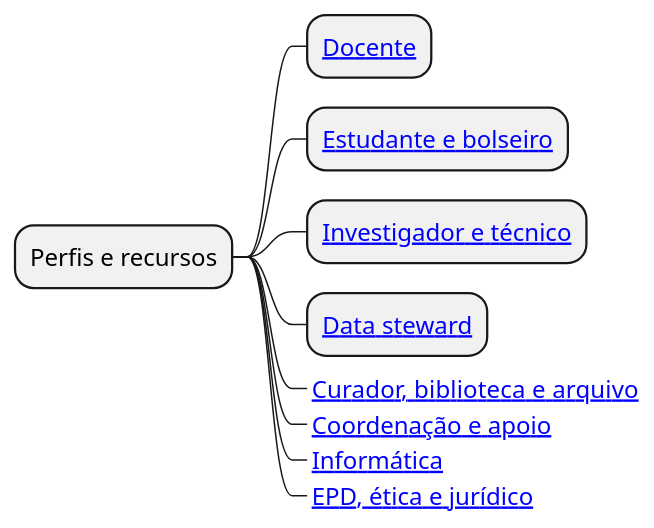
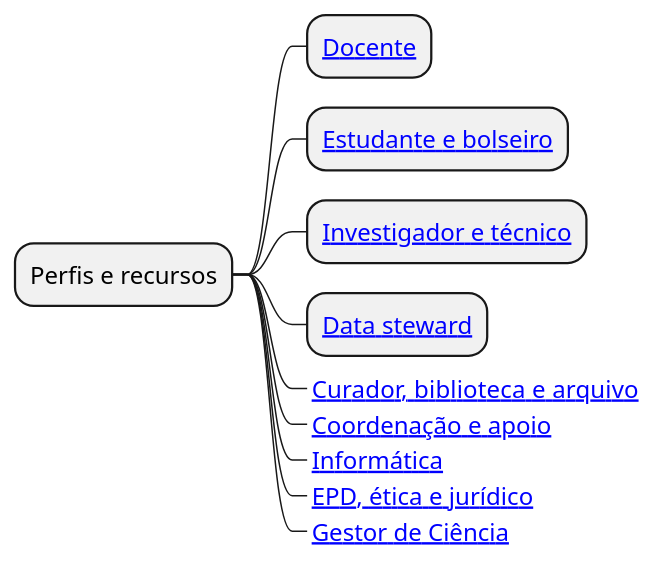
The diagram in diagrams/pathway-perfis-1.puml (nunobett/formigas), drawn with PlantUML before and after one commit. The commit also changed 177 other files, not shown here.

```diff
--- a/diagrams/pathway-perfis-1.puml
+++ b/diagrams/pathway-perfis-1.puml
@@ -1,15 +1,16 @@
 @startmindmap
 skinparam backgroundColor white
 skinparam defaultFontName SansSerif
 skinparam defaultFontSize 16
 skinparam shadowing false
 * Perfis e recursos
 ** [[perfis/docente.html Docente]]
 ** [[perfis/estudante.html Estudante e bolseiro]]
 ** [[perfis/investigador.html Investigador e técnico]]
 ** [[perfis/steward.html Data steward]]
 **_ [[perfis/curador.html Curador, biblioteca e arquivo]]
 **_ [[perfis/coordenador.html Coordenação e apoio]]
 **_ [[perfis/informatica.html Informática]]
 **_ [[perfis/epd.html EPD, ética e jurídico]]
+**_ [[perfis/gestor-ciencia.html Gestor de Ciência]]
 @endmindmap
```
